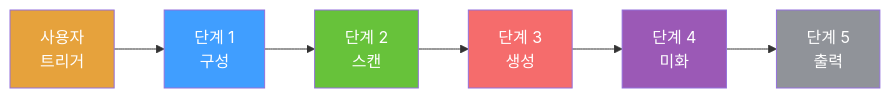
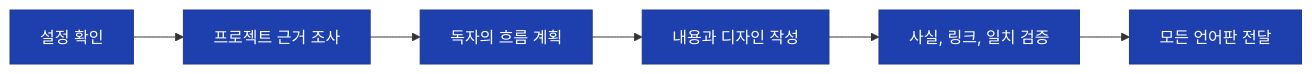
One commit to Not-A-Cracker/general-readme-skill changed the first of 2 diagrams in assets/README-ko.md. Above: the diagram before and after it, drawn with Mermaid. The commit also changed other lines of this file and 25 other files, not shown here.

Commit message:
feat: 重构为 readme-write 与 readme-update 双技能并强制流程图与语言对等

````diff
--- a/assets/README-ko.md
+++ b/assets/README-ko.md
@@ -44,14 +104,10 @@
 ```mermaid
-graph LR
-    A[사용자<br/>트리거] --> B[단계 1<br/>구성]
-    B --> C[단계 2<br/>스캔]
-    C --> D[단계 3<br/>생성]
-    D --> E[단계 4<br/>미화]
-    E --> F[단계 5<br/>출력]
-    style A fill:#E6A23C,color:#fff
-    style B fill:#409EFF,color:#fff
-    style C fill:#67C23A,color:#fff
-    style D fill:#F56C6C,color:#fff
-    style E fill:#9B59B6,color:#fff
-    style F fill:#909399,color:#fff
+flowchart LR
+    A[설정 확인] --> B[프로젝트 근거 조사]
+    B --> C[독자의 흐름 계획]
+    C --> D[내용과 디자인 작성]
+    D --> E[사실, 링크, 일치 검증]
+    E --> F[모든 언어판 전달]
+    classDef step fill:#1e40af,stroke:#1e3a8a,color:#fff
+    class A,B,C,D,E,F step
 ```
````
